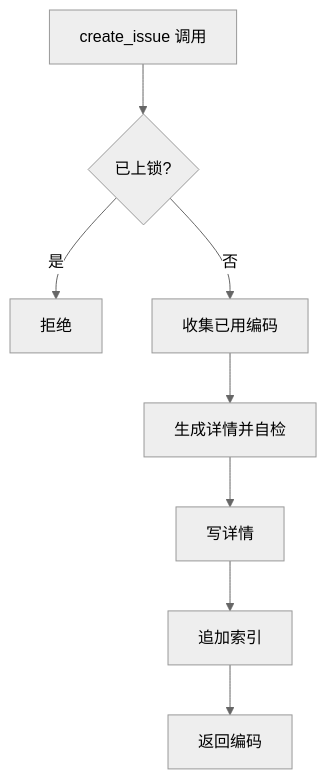
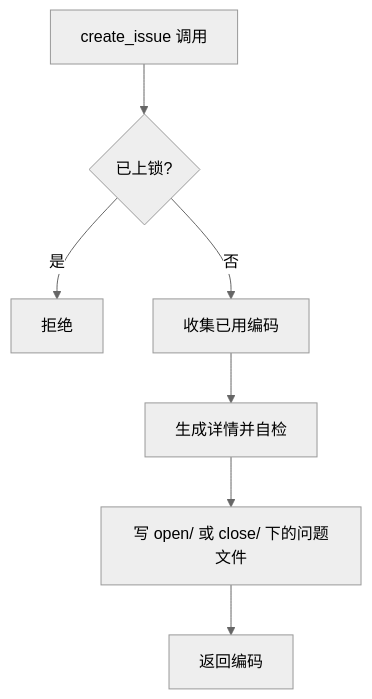
Before and after one commit to Cangjier/coder: the eighth of 14 diagrams in .coder/design/flow.md, drawn with Mermaid (neutral theme). The commit also changed other lines of this file and 19 other files, not shown here.

First line of the commit message:
feat: 问题文件改为 open/close 文件夹，一项一文件

````diff
--- a/.coder/design/flow.md
+++ b/.coder/design/flow.md
@@ -99,10 +100,9 @@
 ```mermaid
 flowchart TD
   A[create_issue 调用] --> B{已上锁?}
   B -- 是 --> C[拒绝]
   B -- 否 --> D[收集已用编码]
   D --> E[生成详情并自检]
-  E --> F[写详情]
-  F --> G[追加索引]
-  G --> H[返回编码]
+  E --> F[写 open/ 或 close/ 下的问题文件]
+  F --> H[返回编码]
 ```
````
